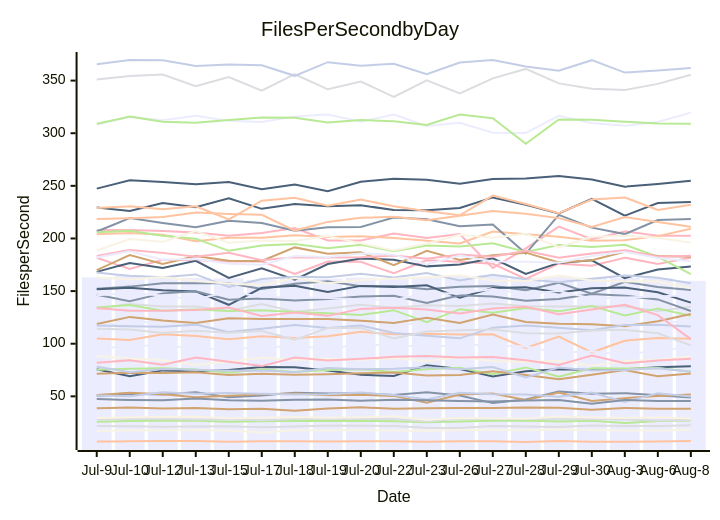
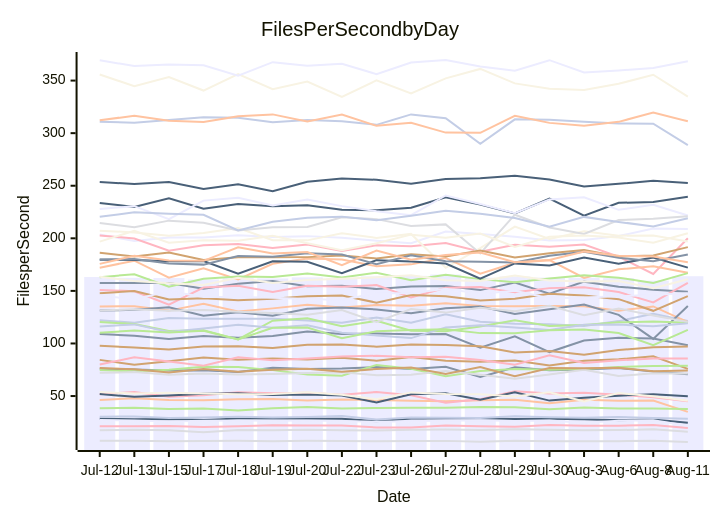
Before and after one commit to streetsidesoftware/cspell: the diagram in perf-report.md, drawn with Mermaid. The commit also changed other lines of this file and 1 other file, not shown here.

````diff
--- a/perf-report.md
+++ b/perf-report.md
@@ -10,57 +10,57 @@
 ```mermaid
 xychart-beta
     title Files Per Second by Day
     y-axis Files per Second
-    x-axis Date [Jul-9, Jul-10, Jul-12, Jul-13, Jul-15, Jul-17, Jul-18, Jul-19, Jul-20, Jul-22, Jul-23, Jul-26, Jul-27, Jul-28, Jul-29, Jul-30, Aug-3, Aug-6, Aug-8]
-    bar [163.05, 164.68, 163.19, 162.43, 162.24, 160.81, 162.11, 161.80, 162.84, 161.83, 163.82, 164.32, 165.56, 162.55, 163.67, 162.66, 162.42, 162.15, 159.78]
-    line [50.66, 52.36, 51.79, 53.82, 49.25, 50.85, 53.53, 52.69, 53.02, 51.19, 53.86, 50.78, 43.58, 47.06, 54.57, 52.43, 53.03, 51.13, 48.90]
-    line [105.06, 103.60, 109.02, 107.38, 104.33, 107.04, 105.42, 107.07, 111.31, 108.98, 109.47, 108.84, 109.00, 95.94, 106.70, 91.83, 102.88, 105.40, 104.69]
-    line [21.87, 21.57, 21.20, 21.36, 21.51, 20.58, 21.30, 22.19, 22.10, 21.88, 20.15, 20.04, 21.91, 21.31, 20.80, 22.35, 21.72, 21.80, 22.54]
-    line [25.86, 26.61, 27.13, 26.83, 25.90, 26.40, 26.69, 26.50, 26.68, 26.34, 25.46, 26.08, 26.71, 26.98, 26.19, 26.72, 24.58, 26.54, 27.00]
-    line [51.39, 53.37, 51.98, 49.24, 50.53, 52.10, 52.76, 51.07, 51.44, 50.43, 43.97, 51.67, 52.73, 46.52, 53.63, 45.66, 48.27, 50.39, 51.68]
-    line [50.88, 50.01, 53.83, 52.41, 53.08, 52.40, 51.77, 52.01, 53.58, 51.27, 46.96, 53.48, 52.00, 51.65, 49.61, 53.65, 44.73, 52.88, 49.80]
-    line [181.65, 170.98, 179.72, 179.37, 178.07, 178.35, 166.36, 178.14, 177.77, 166.91, 179.23, 177.92, 175.97, 161.59, 176.09, 174.17, 181.77, 175.87, 181.75]
-    line [75.77, 69.10, 74.66, 73.66, 75.08, 77.97, 77.53, 74.65, 70.42, 69.35, 79.56, 76.05, 68.90, 73.77, 75.65, 74.99, 75.71, 77.66, 78.66]
-    line [17.16, 17.77, 17.48, 17.96, 17.52, 15.60, 17.77, 17.44, 17.98, 17.51, 17.20, 17.96, 18.17, 17.67, 18.43, 18.02, 17.45, 17.65, 18.37]
-    line [117.49, 120.30, 120.41, 118.48, 111.84, 112.66, 103.82, 121.72, 123.96, 116.30, 121.57, 112.16, 111.54, 116.14, 122.06, 116.65, 117.60, 120.09, 120.85]
-    line [47.36, 46.58, 46.27, 47.99, 46.18, 45.89, 46.88, 47.09, 45.82, 46.71, 46.24, 45.49, 45.13, 45.94, 46.54, 43.06, 46.57, 45.56, 45.66]
-    line [7.01, 7.27, 7.49, 7.49, 6.93, 7.35, 7.41, 7.13, 7.42, 7.37, 6.94, 7.34, 7.37, 6.62, 7.52, 6.92, 6.91, 7.06, 7.47]
-    line [133.15, 137.66, 135.26, 135.39, 131.25, 137.83, 130.35, 133.37, 136.93, 134.10, 136.61, 135.79, 138.26, 135.57, 135.43, 135.66, 135.43, 131.19, 135.23]
-    line [134.44, 136.88, 131.27, 132.43, 131.04, 131.83, 130.19, 128.92, 127.23, 131.88, 120.40, 132.81, 129.34, 133.97, 130.74, 135.91, 126.83, 133.33, 126.61]
-    line [118.70, 125.49, 121.97, 119.76, 124.17, 123.39, 123.52, 123.46, 121.92, 119.72, 124.69, 119.65, 127.83, 120.71, 118.86, 118.39, 116.67, 121.26, 128.17]
-    line [117.37, 116.66, 116.21, 118.14, 111.02, 114.16, 117.75, 114.86, 117.38, 110.16, 107.68, 105.10, 115.28, 117.30, 115.27, 112.83, 117.78, 117.94, 116.33]
-    line [207.94, 208.03, 207.20, 205.62, 202.48, 205.11, 209.83, 198.16, 198.05, 204.69, 200.38, 204.18, 172.00, 190.59, 211.20, 199.37, 206.67, 202.54, 202.61]
-    line [168.28, 176.77, 172.02, 178.72, 162.59, 171.56, 160.94, 175.73, 180.87, 179.86, 173.49, 175.22, 181.17, 166.29, 176.78, 179.24, 162.30, 170.51, 173.47]
-    line [88.24, 86.00, 84.39, 79.74, 83.17, 86.61, 84.55, 85.67, 84.70, 86.32, 83.67, 87.12, 83.64, 82.58, 83.71, 79.08, 83.62, 84.88, 87.82]
-    line [94.52, 98.50, 97.78, 96.17, 94.33, 97.04, 97.24, 95.75, 98.78, 99.06, 97.00, 99.07, 98.61, 97.42, 91.49, 92.79, 89.32, 93.72, 96.32]
-    line [152.12, 154.25, 157.55, 157.57, 157.54, 152.05, 156.89, 159.37, 154.51, 154.84, 151.75, 154.10, 154.75, 150.75, 157.93, 147.43, 158.79, 154.00, 151.10]
-    line [203.94, 205.22, 203.61, 197.40, 200.74, 200.72, 202.94, 201.36, 202.08, 200.55, 197.73, 195.25, 206.51, 204.03, 201.53, 197.81, 198.32, 202.22, 209.23]
-    line [28.10, 28.43, 28.38, 28.02, 28.20, 27.23, 28.58, 28.56, 28.51, 28.41, 26.08, 28.71, 28.53, 28.56, 28.21, 28.32, 27.98, 27.09, 27.59]
-    line [75.23, 76.27, 76.63, 75.41, 72.48, 75.77, 73.22, 74.96, 75.84, 73.04, 75.74, 77.07, 71.05, 77.49, 68.74, 76.65, 76.34, 76.92, 73.53]
-    line [71.58, 72.37, 72.08, 72.80, 70.30, 71.38, 70.52, 71.04, 71.91, 72.70, 69.86, 70.37, 73.91, 70.30, 66.36, 70.57, 74.92, 69.05, 71.64]
-    line [78.13, 73.01, 75.98, 75.26, 74.39, 74.57, 72.87, 76.84, 75.79, 76.25, 77.55, 75.81, 77.91, 68.05, 77.31, 74.56, 75.13, 76.66, 73.32]
-    line [133.87, 131.35, 131.34, 131.95, 134.40, 126.35, 129.62, 126.47, 133.10, 134.27, 132.41, 128.75, 133.45, 135.04, 127.98, 132.62, 137.05, 127.16, 104.34]
-    line [229.51, 226.18, 233.66, 229.73, 238.10, 228.16, 232.72, 230.57, 231.48, 227.16, 226.70, 229.01, 239.01, 232.02, 223.69, 237.66, 221.63, 233.74, 234.59]
-    line [29.34, 30.24, 30.35, 30.53, 29.15, 29.59, 30.29, 29.57, 30.13, 31.01, 27.77, 29.48, 29.26, 29.06, 30.88, 29.94, 29.48, 30.19, 29.03]
-    line [308.24, 315.35, 312.26, 316.54, 311.74, 310.63, 315.98, 317.85, 311.01, 317.69, 306.96, 309.97, 300.54, 300.28, 316.56, 309.78, 307.09, 310.74, 319.60]
-    line [206.61, 219.33, 214.62, 210.58, 216.81, 214.69, 207.39, 210.58, 210.83, 219.91, 218.25, 211.67, 213.25, 185.65, 222.45, 210.28, 204.15, 217.44, 218.55]
-    line [229.00, 230.57, 227.85, 230.59, 218.19, 235.84, 238.63, 231.13, 236.94, 230.60, 225.84, 222.04, 240.74, 232.71, 223.95, 236.98, 238.93, 227.08, 231.94]
-    line [350.93, 354.34, 355.82, 344.62, 353.27, 340.52, 356.06, 341.72, 349.11, 334.55, 350.21, 337.72, 352.09, 361.09, 347.33, 342.33, 341.03, 346.90, 355.56]
-    line [205.87, 207.35, 202.66, 199.84, 188.27, 193.42, 194.63, 190.82, 194.01, 187.89, 193.41, 192.42, 195.47, 187.19, 193.79, 191.90, 194.07, 182.58, 166.07]
-    line [169.88, 184.28, 175.71, 183.39, 178.90, 178.60, 191.51, 185.47, 186.89, 174.56, 188.32, 179.58, 184.08, 186.53, 177.20, 179.37, 187.46, 183.38, 182.66]
-    line [167.61, 164.48, 163.07, 165.84, 153.93, 161.48, 163.65, 163.25, 166.55, 162.82, 167.25, 160.14, 165.42, 161.19, 158.31, 161.70, 164.91, 162.58, 157.48]
-    line [183.25, 189.14, 186.31, 182.67, 186.39, 179.31, 182.07, 181.92, 182.11, 183.75, 180.78, 184.81, 182.65, 188.37, 181.75, 185.70, 188.91, 182.68, 183.70]
-    line [151.79, 153.10, 150.91, 149.71, 136.98, 153.14, 154.96, 149.05, 154.95, 153.94, 155.48, 143.79, 152.94, 153.75, 148.60, 152.63, 153.39, 148.93, 139.04]
-    line [188.55, 199.47, 196.87, 207.15, 195.83, 198.09, 197.68, 202.31, 195.34, 188.56, 195.30, 203.49, 200.63, 204.54, 191.76, 201.55, 202.60, 200.71, 195.89]
-    line [181.92, 187.82, 179.82, 180.43, 176.01, 174.98, 183.26, 182.49, 185.76, 184.64, 175.39, 183.80, 178.20, 177.82, 176.95, 183.37, 187.31, 181.39, 178.30]
-    line [146.43, 140.41, 147.84, 149.86, 141.85, 143.07, 141.02, 142.51, 144.87, 145.54, 138.82, 146.01, 144.90, 140.82, 142.51, 147.27, 145.58, 142.12, 131.06]
-    line [218.56, 219.23, 220.42, 224.78, 223.29, 222.43, 207.49, 215.75, 219.62, 220.62, 217.24, 221.48, 226.19, 223.44, 219.34, 210.97, 220.37, 215.62, 211.22]
-    line [114.12, 113.53, 110.15, 112.38, 110.43, 112.10, 103.78, 114.93, 115.08, 104.93, 111.58, 112.75, 113.47, 109.84, 109.80, 112.55, 113.19, 109.88, 98.38]
-    line [308.91, 315.76, 310.85, 309.84, 312.53, 315.03, 314.69, 310.30, 312.46, 311.42, 307.91, 317.83, 314.26, 289.97, 313.11, 312.72, 310.96, 309.18, 308.97]
-    line [38.73, 39.43, 38.35, 38.90, 37.77, 38.11, 36.22, 38.46, 39.54, 38.13, 38.75, 38.94, 38.82, 39.51, 39.23, 37.37, 39.03, 38.14, 38.18]
-    line [365.59, 369.56, 369.35, 363.79, 365.39, 364.51, 354.54, 367.49, 364.21, 365.97, 356.16, 367.24, 369.57, 363.41, 359.37, 369.40, 357.63, 359.56, 362.02]
-    line [81.93, 84.31, 79.99, 86.85, 82.81, 78.74, 86.89, 84.13, 85.63, 87.55, 88.29, 86.90, 87.47, 84.26, 79.87, 88.81, 81.39, 83.97, 85.77]
-    line [247.35, 255.25, 253.55, 251.59, 253.64, 246.87, 251.37, 244.82, 253.83, 256.85, 255.68, 251.95, 256.48, 257.08, 259.44, 255.93, 249.24, 251.79, 254.83]
-    line [162.99, 161.12, 163.50, 159.47, 157.31, 155.54, 162.49, 157.44, 160.47, 161.66, 162.86, 164.94, 160.13, 159.49, 164.72, 159.99, 159.02, 159.32, 152.64]
-    line [146.15, 148.02, 145.81, 141.78, 149.87, 144.29, 144.20, 143.50, 142.28, 141.37, 147.86, 147.77, 151.94, 147.31, 150.10, 142.92, 143.82, 144.85, 146.35]
+    x-axis Date [Jul-12, Jul-13, Jul-15, Jul-17, Jul-18, Jul-19, Jul-20, Jul-22, Jul-23, Jul-26, Jul-27, Jul-28, Jul-29, Jul-30, Aug-3, Aug-6, Aug-8, Aug-11]
+    bar [163.19, 162.43, 162.24, 160.81, 162.11, 161.80, 162.84, 161.83, 163.82, 164.32, 165.56, 162.55, 163.67, 162.66, 162.42, 162.15, 159.78, 163.93]
+    line [109.02, 107.38, 104.33, 107.04, 105.42, 107.07, 111.31, 108.98, 109.47, 108.84, 109.00, 95.94, 106.70, 91.83, 102.88, 105.40, 104.69, 98.34]
+    line [46.27, 47.99, 46.18, 45.89, 46.88, 47.09, 45.82, 46.71, 46.24, 45.49, 45.13, 45.94, 46.54, 43.06, 46.57, 45.56, 45.66, 34.99]
+    line [7.49, 7.49, 6.93, 7.35, 7.41, 7.13, 7.42, 7.37, 6.94, 7.34, 7.37, 6.62, 7.52, 6.92, 6.91, 7.06, 7.47, 6.30]
+    line [38.35, 38.90, 37.77, 38.11, 36.22, 38.46, 39.54, 38.13, 38.75, 38.94, 38.82, 39.51, 39.23, 37.37, 39.03, 38.14, 38.18, 37.74]
+    line [84.39, 79.74, 83.17, 86.61, 84.55, 85.67, 84.70, 86.32, 83.67, 87.12, 83.64, 82.58, 83.71, 79.08, 83.62, 84.88, 87.82, 75.82]
+    line [121.97, 119.76, 124.17, 123.39, 123.52, 123.46, 121.92, 119.72, 124.69, 119.65, 127.83, 120.71, 118.86, 118.39, 116.67, 121.26, 128.17, 121.50]
+    line [51.79, 53.82, 49.25, 50.85, 53.53, 52.69, 53.02, 51.19, 53.86, 50.78, 43.58, 47.06, 54.57, 52.43, 53.03, 51.13, 48.90, 45.11]
+    line [51.98, 49.24, 50.53, 52.10, 52.76, 51.07, 51.44, 50.43, 43.97, 51.67, 52.73, 46.52, 53.63, 45.66, 48.27, 50.39, 51.68, 49.79]
+    line [355.82, 344.62, 353.27, 340.52, 356.06, 341.72, 349.11, 334.55, 350.21, 337.72, 352.09, 361.09, 347.33, 342.33, 341.03, 346.90, 355.56, 334.80]
+    line [203.61, 197.40, 200.74, 200.72, 202.94, 201.36, 202.08, 200.55, 197.73, 195.25, 206.51, 204.03, 201.53, 197.81, 198.32, 202.22, 209.23, 208.76]
+    line [75.98, 75.26, 74.39, 74.57, 72.87, 76.84, 75.79, 76.25, 77.55, 75.81, 77.91, 68.05, 77.31, 74.56, 75.13, 76.66, 73.32, 70.81]
+    line [135.26, 135.39, 131.25, 137.83, 130.35, 133.37, 136.93, 134.10, 136.61, 135.79, 138.26, 135.57, 135.43, 135.66, 135.43, 131.19, 135.23, 120.32]
+    line [17.48, 17.96, 17.52, 15.60, 17.77, 17.44, 17.98, 17.51, 17.20, 17.96, 18.17, 17.67, 18.43, 18.02, 17.45, 17.65, 18.37, 16.03]
+    line [74.66, 73.66, 75.08, 77.97, 77.53, 74.65, 70.42, 69.35, 79.56, 76.05, 68.90, 73.77, 75.65, 74.99, 75.71, 77.66, 78.66, 78.76]
+    line [97.78, 96.17, 94.33, 97.04, 97.24, 95.75, 98.78, 99.06, 97.00, 99.07, 98.61, 97.42, 91.49, 92.79, 89.32, 93.72, 96.32, 97.13]
+    line [310.85, 309.84, 312.53, 315.03, 314.69, 310.30, 312.46, 311.42, 307.91, 317.83, 314.26, 289.97, 313.11, 312.72, 310.96, 309.18, 308.97, 288.53]
+    line [21.20, 21.36, 21.51, 20.58, 21.30, 22.19, 22.10, 21.88, 20.15, 20.04, 21.91, 21.31, 20.80, 22.35, 21.72, 21.80, 22.54, 19.51]
+    line [28.38, 28.02, 28.20, 27.23, 28.58, 28.56, 28.51, 28.41, 26.08, 28.71, 28.53, 28.56, 28.21, 28.32, 27.98, 27.09, 27.59, 24.68]
+    line [53.83, 52.41, 53.08, 52.40, 51.77, 52.01, 53.58, 51.27, 46.96, 53.48, 52.00, 51.65, 49.61, 53.65, 44.73, 52.88, 49.80, 45.46]
+    line [27.13, 26.83, 25.90, 26.40, 26.69, 26.50, 26.68, 26.34, 25.46, 26.08, 26.71, 26.98, 26.19, 26.72, 24.58, 26.54, 27.00, 21.84]
+    line [131.34, 131.95, 134.40, 126.35, 129.62, 126.47, 133.10, 134.27, 132.41, 128.75, 133.45, 135.04, 127.98, 132.62, 137.05, 127.16, 104.34, 135.72]
+    line [312.26, 316.54, 311.74, 310.63, 315.98, 317.85, 311.01, 317.69, 306.96, 309.97, 300.54, 300.28, 316.56, 309.78, 307.09, 310.74, 319.60, 311.24]
+    line [72.08, 72.80, 70.30, 71.38, 70.52, 71.04, 71.91, 72.70, 69.86, 70.37, 73.91, 70.30, 66.36, 70.57, 74.92, 69.05, 71.64, 71.53]
+    line [120.41, 118.48, 111.84, 112.66, 103.82, 121.72, 123.96, 116.30, 121.57, 112.16, 111.54, 116.14, 122.06, 116.65, 117.60, 120.09, 120.85, 119.59]
+    line [76.63, 75.41, 72.48, 75.77, 73.22, 74.96, 75.84, 73.04, 75.74, 77.07, 71.05, 77.49, 68.74, 76.65, 76.34, 76.92, 73.53, 74.23]
+    line [30.35, 30.53, 29.15, 29.59, 30.29, 29.57, 30.13, 31.01, 27.77, 29.48, 29.26, 29.06, 30.88, 29.94, 29.48, 30.19, 29.03, 28.37]
+    line [202.66, 199.84, 188.27, 193.42, 194.63, 190.82, 194.01, 187.89, 193.41, 192.42, 195.47, 187.19, 193.79, 191.90, 194.07, 182.58, 166.07, 200.00]
+    line [233.66, 229.73, 238.10, 228.16, 232.72, 230.57, 231.48, 227.16, 226.70, 229.01, 239.01, 232.02, 223.69, 237.66, 221.63, 233.74, 234.59, 239.59]
+    line [207.20, 205.62, 202.48, 205.11, 209.83, 198.16, 198.05, 204.69, 200.38, 204.18, 172.00, 190.59, 211.20, 199.37, 206.67, 202.54, 202.61, 196.88]
+    line [227.85, 230.59, 218.19, 235.84, 238.63, 231.13, 236.94, 230.60, 225.84, 222.04, 240.74, 232.71, 223.95, 236.98, 238.93, 227.08, 231.94, 221.66]
+    line [157.55, 157.57, 157.54, 152.05, 156.89, 159.37, 154.51, 154.84, 151.75, 154.10, 154.75, 150.75, 157.93, 147.43, 158.79, 154.00, 151.10, 149.10]
+    line [172.02, 178.72, 162.59, 171.56, 160.94, 175.73, 180.87, 179.86, 173.49, 175.22, 181.17, 166.29, 176.78, 179.24, 162.30, 170.51, 173.47, 167.29]
+    line [214.62, 210.58, 216.81, 214.69, 207.39, 210.58, 210.83, 219.91, 218.25, 211.67, 213.25, 185.65, 222.45, 210.28, 204.15, 217.44, 218.55, 221.01]
+    line [163.07, 165.84, 153.93, 161.48, 163.65, 163.25, 166.55, 162.82, 167.25, 160.14, 165.42, 161.19, 158.31, 161.70, 164.91, 162.58, 157.48, 166.93]
+    line [186.31, 182.67, 186.39, 179.31, 182.07, 181.92, 182.11, 183.75, 180.78, 184.81, 182.65, 188.37, 181.75, 185.70, 188.91, 182.68, 183.70, 191.60]
+    line [116.21, 118.14, 111.02, 114.16, 117.75, 114.86, 117.38, 110.16, 107.68, 105.10, 115.28, 117.30, 115.27, 112.83, 117.78, 117.94, 116.33, 119.30]
+    line [150.91, 149.71, 136.98, 153.14, 154.96, 149.05, 154.95, 153.94, 155.48, 143.79, 152.94, 153.75, 148.60, 152.63, 153.39, 148.93, 139.04, 157.72]
+    line [179.72, 179.37, 178.07, 178.35, 166.36, 178.14, 177.77, 166.91, 179.23, 177.92, 175.97, 161.59, 176.09, 174.17, 181.77, 175.87, 181.75, 172.12]
+    line [196.87, 207.15, 195.83, 198.09, 197.68, 202.31, 195.34, 188.56, 195.30, 203.49, 200.63, 204.54, 191.76, 201.55, 202.60, 200.71, 195.89, 204.88]
+    line [369.35, 363.79, 365.39, 364.51, 354.54, 367.49, 364.21, 365.97, 356.16, 367.24, 369.57, 363.41, 359.37, 369.40, 357.63, 359.56, 362.02, 368.42]
+    line [179.82, 180.43, 176.01, 174.98, 183.26, 182.49, 185.76, 184.64, 175.39, 183.80, 178.20, 177.82, 176.95, 183.37, 187.31, 181.39, 178.30, 184.60]
+    line [175.71, 183.39, 178.90, 178.60, 191.51, 185.47, 186.89, 174.56, 188.32, 179.58, 184.08, 186.53, 177.20, 179.37, 187.46, 183.38, 182.66, 177.31]
+    line [131.27, 132.43, 131.04, 131.83, 130.19, 128.92, 127.23, 131.88, 120.40, 132.81, 129.34, 133.97, 130.74, 135.91, 126.83, 133.33, 126.61, 120.52]
+    line [110.15, 112.38, 110.43, 112.10, 103.78, 114.93, 115.08, 104.93, 111.58, 112.75, 113.47, 109.84, 109.80, 112.55, 113.19, 109.88, 98.38, 112.96]
+    line [147.84, 149.86, 141.85, 143.07, 141.02, 142.51, 144.87, 145.54, 138.82, 146.01, 144.90, 140.82, 142.51, 147.27, 145.58, 142.12, 131.06, 144.96]
+    line [220.42, 224.78, 223.29, 222.43, 207.49, 215.75, 219.62, 220.62, 217.24, 221.48, 226.19, 223.44, 219.34, 210.97, 220.37, 215.62, 211.22, 219.14]
+    line [79.99, 86.85, 82.81, 78.74, 86.89, 84.13, 85.63, 87.55, 88.29, 86.90, 87.47, 84.26, 79.87, 88.81, 81.39, 83.97, 85.77, 85.67]
+    line [253.55, 251.59, 253.64, 246.87, 251.37, 244.82, 253.83, 256.85, 255.68, 251.95, 256.48, 257.08, 259.44, 255.93, 249.24, 251.79, 254.83, 252.50]
+    line [163.50, 159.47, 157.31, 155.54, 162.49, 157.44, 160.47, 161.66, 162.86, 164.94, 160.13, 159.49, 164.72, 159.99, 159.02, 159.32, 152.64, 161.04]
+    line [145.81, 141.78, 149.87, 144.29, 144.20, 143.50, 142.28, 141.37, 147.86, 147.77, 151.94, 147.31, 150.10, 142.92, 143.82, 144.85, 146.35, 147.86]
 ```
````
